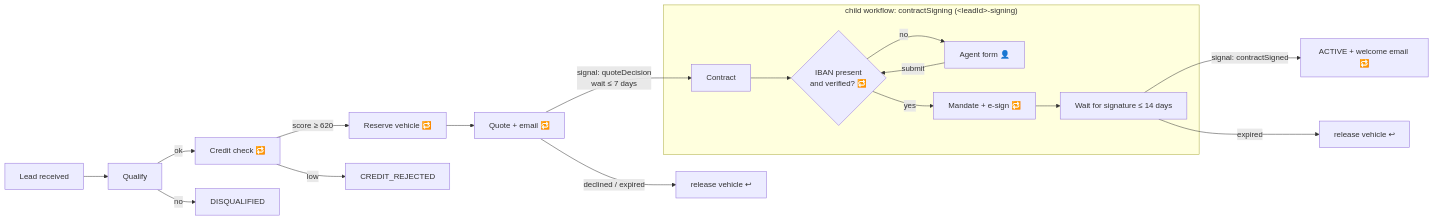
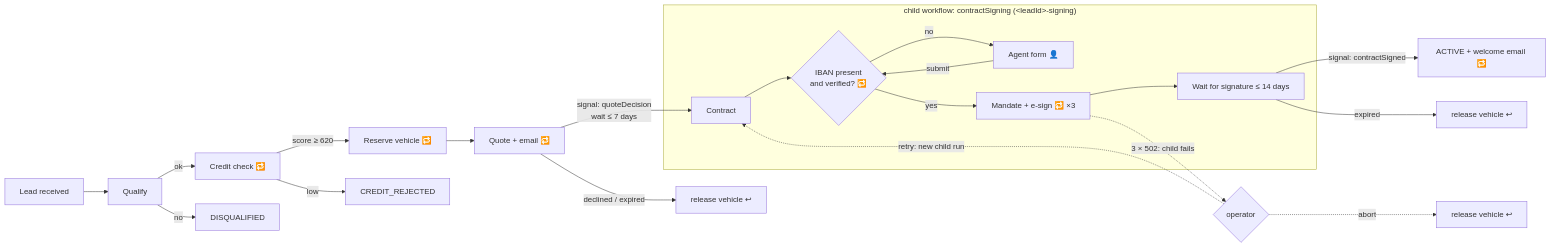
Before and after one commit to JesseSchlienkamp/temporal-lease-poc: the diagram in README.md, drawn with Mermaid. The commit also changed other lines of this file and 11 other files, not shown here.

First line of the commit message:
feat: fail the signing child on an e-sign outage and let the parent retry it

````diff
--- a/README.md
+++ b/README.md
@@ -8,19 +8,22 @@
 ```mermaid
 flowchart LR
   A[Lead received] --> B[Qualify]
   B -->|ok| C[Credit check 🔁]
   B -->|no| X1[DISQUALIFIED]
   C -->|score ≥ 620| D[Reserve vehicle 🔁]
   C -->|low| X2[CREDIT_REJECTED]
   D --> E[Quote + email 🔁]
   E -->|declined / expired| X3[release vehicle ↩]
   subgraph child["child workflow: contractSigning (&lt;leadId&gt;-signing)"]
     F[Contract] --> P{IBAN present<br/>and verified? 🔁}
     P -->|no| AG[Agent form 👤]
     AG -->|submit| P
-    P -->|yes| F1[Mandate + e-sign 🔁] --> F2[Wait for signature ≤ 14 days]
+    P -->|yes| F1[Mandate + e-sign 🔁 ×3] --> F2[Wait for signature ≤ 14 days]
   end
+  F1 -.->|3 × 502: child fails| R{operator}
+  R -.->|retry: new child run| F
+  R -.->|abort| X5[release vehicle ↩]
   E -->|signal: quoteDecision<br/>wait ≤ 7 days| F
   F2 -->|signal: contractSigned| G[ACTIVE + welcome email 🔁]
   F2 -->|expired| X4[release vehicle ↩]
 ```
````
